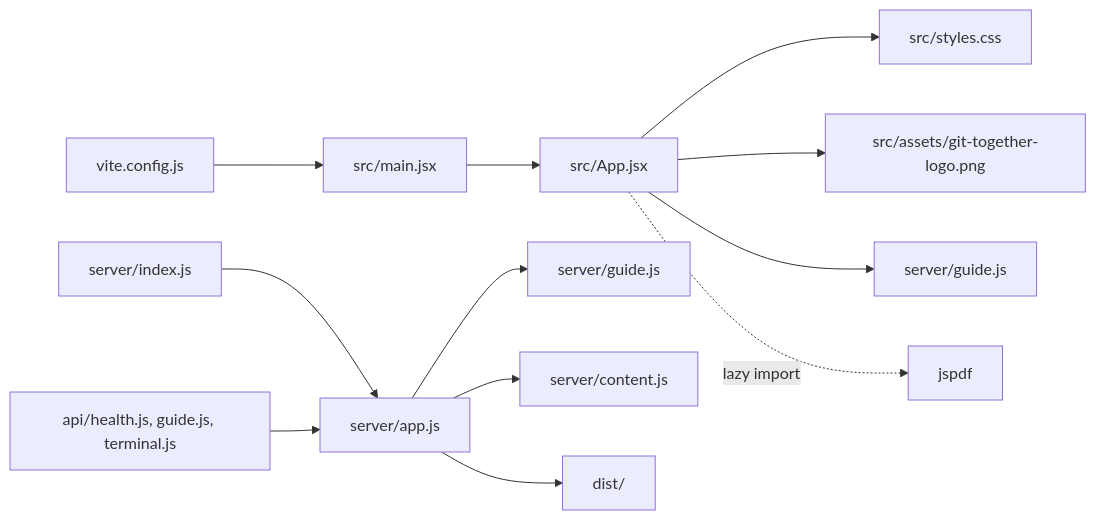
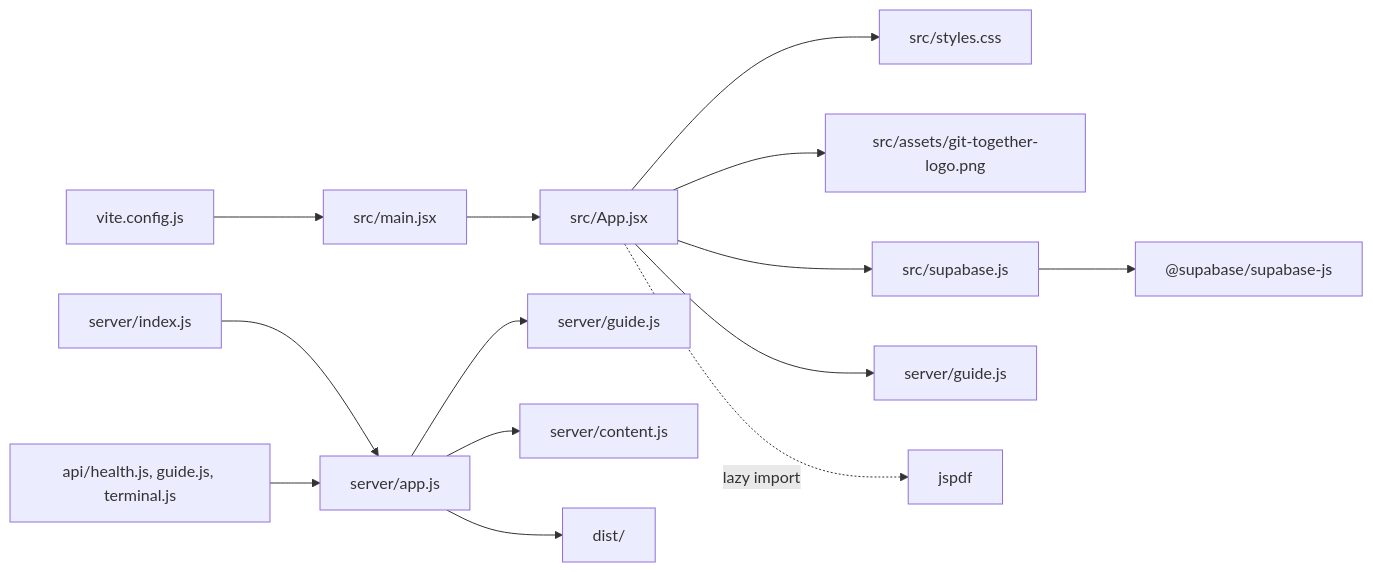
The third of 9 diagrams in docs/ARCHITECTURE.md (MoriartyLink/git-guide), drawn with Mermaid before and after one commit. The commit also changed other lines of this file and 137 other files, not shown here.

````diff
--- a/docs/ARCHITECTURE.md
+++ b/docs/ARCHITECTURE.md
@@ -64,14 +69,16 @@
 ```mermaid
 flowchart LR
     Main["src/main.jsx"] --> App["src/App.jsx"]
     App --> Styles["src/styles.css"]
     App --> Asset["src/assets/git-together-logo.png"]
+    App --> SupabaseClient["src/supabase.js"]
+    SupabaseClient --> SupabaseJS["@supabase/supabase-js"]
     App --> GuideFallback["server/guide.js"]
     App -. lazy import .-> JsPDF["jspdf"]
     Server["server/app.js"] --> Guide["server/guide.js"]
     Server --> Responses["server/content.js"]
     NodeEntry["server/index.js"] --> Server
     VercelEntry["api/health.js, guide.js, terminal.js"] --> Server
     Vite["vite.config.js"] --> Main
     Server --> Dist["dist/"]
 ```
````
